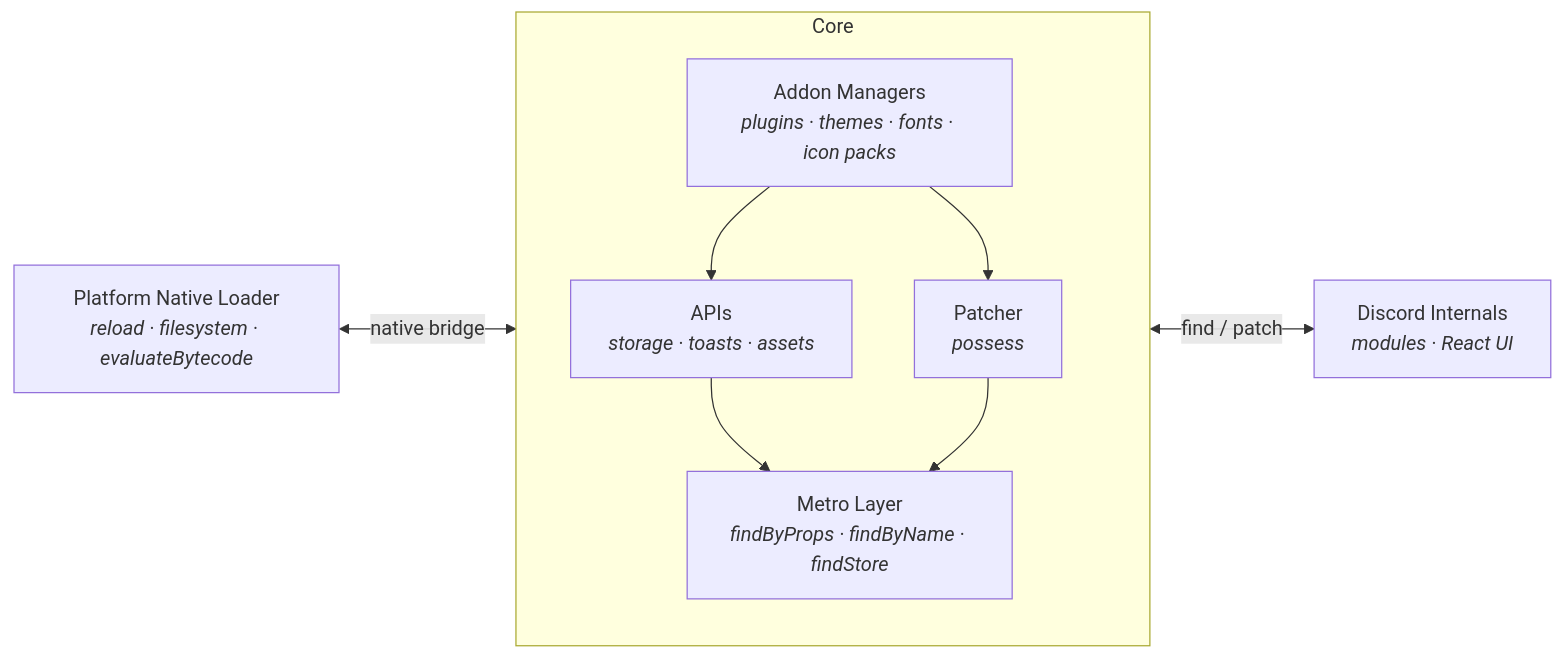
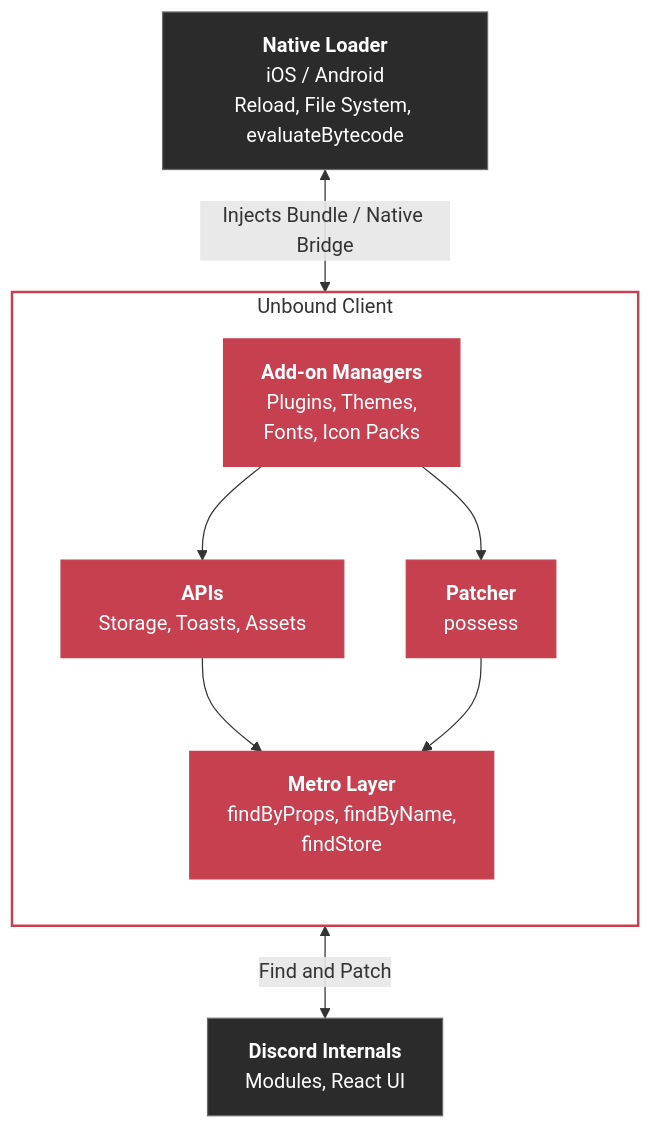
Before and after one commit to castdrian/unbound: the diagram in README.md, drawn with Mermaid. The commit also changed other lines of this file, not shown here.

First line of the commit message:
docs: regroup readme sections and redraw architecture diagram

````diff
--- a/README.md
+++ b/README.md
@@ -139,14 +125,28 @@
 ```mermaid
-flowchart LR
-    Loader["Platform Native Loader<br/><i>reload · filesystem · evaluateBytecode</i>"] <-->|native bridge| Core
+flowchart TD
+    Loader["<b>Native Loader</b><br/>iOS / Android<br/>Reload, File System, evaluateBytecode"]
 
-    subgraph Core["Core"]
+    subgraph Client["Unbound Client"]
         direction TB
-        Managers["Addon Managers<br/><i>plugins · themes · fonts · icon packs</i>"] --> APIs["APIs<br/><i>storage · toasts · assets</i>"]
-        Managers --> Patcher["Patcher<br/><i>possess</i>"]
+        Managers["<b>Add-on Managers</b><br/>Plugins, Themes,<br/>Fonts, Icon Packs"]
+        APIs["<b>APIs</b><br/>Storage, Toasts, Assets"]
+        Patcher["<b>Patcher</b><br/>possess"]
+        Metro["<b>Metro Layer</b><br/>findByProps, findByName,<br/>findStore"]
+
+        Managers --> APIs
+        Managers --> Patcher
         APIs --> Metro
-        Patcher --> Metro["Metro Layer<br/><i>findByProps · findByName · findStore</i>"]
+        Patcher --> Metro
     end
 
-    Metro <-->|find / patch| Discord["Discord Internals<br/><i>modules · React UI</i>"]
+    Discord["<b>Discord Internals</b><br/>Modules, React UI"]
+
+    Loader <-->|Injects Bundle / Native Bridge| Client
+    Metro <-->|Find and Patch| Discord
+
+    classDef external fill:#2b2b2b,stroke:#6b6b6b,color:#ffffff
+    classDef core fill:#c74050,stroke:#c74050,color:#ffffff
+    class Loader,Discord external
+    class Managers,APIs,Patcher,Metro core
+    style Client fill:transparent,stroke:#c74050,stroke-width:2px
 ```
````
